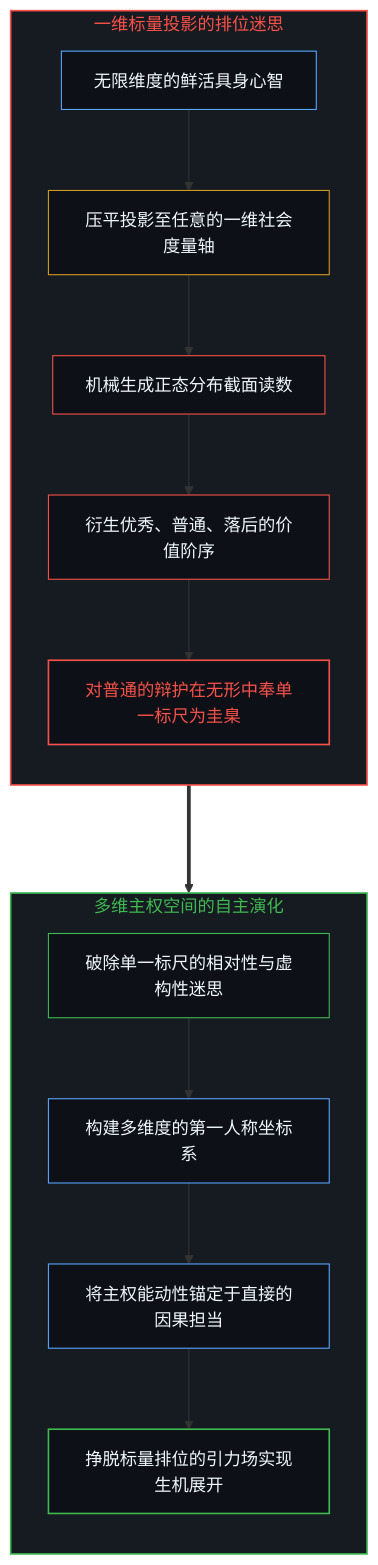
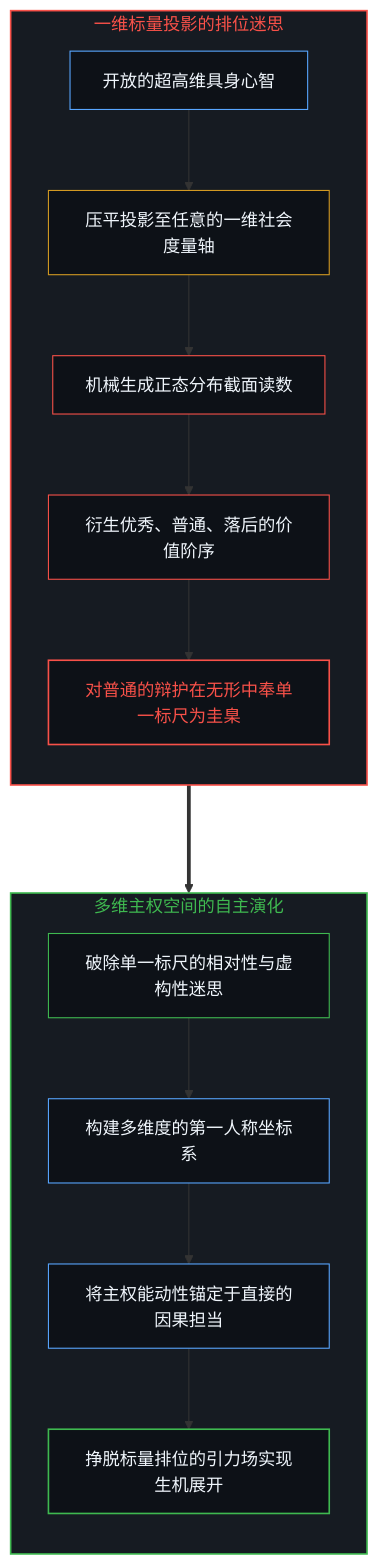
One commit to powerpig99/not-a-toe changed the ninth of 10 diagrams in content/posts/the-explanatory-trap-of-the-ordinary-perspective.md. Above: the diagram before and after it, drawn with Mermaid. The commit also changed other lines of this file and 4 other files, not shown here.

````diff
--- a/content/posts/the-explanatory-trap-of-the-ordinary-perspective.md
+++ b/content/posts/the-explanatory-trap-of-the-ordinary-perspective.md
@@ -289,28 +289,28 @@
 ```mermaid
 flowchart TD
     subgraph S_ScalarTrap ["一维标量投影的排位迷思"]
         direction TB
-        P_HighDim["无限维度的鲜活具身心智"] --> P_Project["压平投影至任意的一维社会度量轴"]
+        P_HighDim["开放的超高维具身心智"] --> P_Project["压平投影至任意的一维社会度量轴"]
         P_Project --> P_Bell["机械生成正态分布截面读数"]
         P_Bell --> P_Rank["衍生优秀、普通、落后的价值阶序"]
         P_Rank --> P_Validate["对普通的辩护在无形中奉单一标尺为圭臬"]
     end
     subgraph S_MultidimSovereign ["多维主权空间的自主演化"]
         direction TB
         S_Deconstruct["破除单一标尺的相对性与虚构性迷思"] --> S_Orthogonal["构建多维度的第一人称坐标系"]
         S_Orthogonal --> S_Ground["将主权能动性锚定于直接的因果担当"]
         S_Ground --> S_Aliveness["挣脱标量排位的引力场实现生机展开"]
     end
     P_Validate ===> S_Deconstruct
     style S_ScalarTrap fill:#161b22,stroke:#f85149,stroke-width:1.5px,color:#f85149
     style S_MultidimSovereign fill:#161b22,stroke:#3fb950,stroke-width:1.5px,color:#3fb950
     style P_HighDim fill:#0d1117,stroke:#58a6ff,stroke-width:1px,color:#f0f6fc
     style P_Project fill:#0d1117,stroke:#d29922,stroke-width:1px,color:#f0f6fc
     style P_Bell fill:#0d1117,stroke:#f85149,stroke-width:1px,color:#f0f6fc
     style P_Rank fill:#0d1117,stroke:#f85149,stroke-width:1px,color:#f0f6fc
     style P_Validate fill:#0d1117,stroke:#f85149,stroke-width:1.5px,color:#f85149
     style S_Deconstruct fill:#0d1117,stroke:#3fb950,stroke-width:1px,color:#f0f6fc
     style S_Orthogonal fill:#0d1117,stroke:#58a6ff,stroke-width:1px,color:#f0f6fc
     style S_Ground fill:#0d1117,stroke:#58a6ff,stroke-width:1px,color:#f0f6fc
     style S_Aliveness fill:#0d1117,stroke:#3fb950,stroke-width:1.5px,color:#f0f6fc
 ```
````
